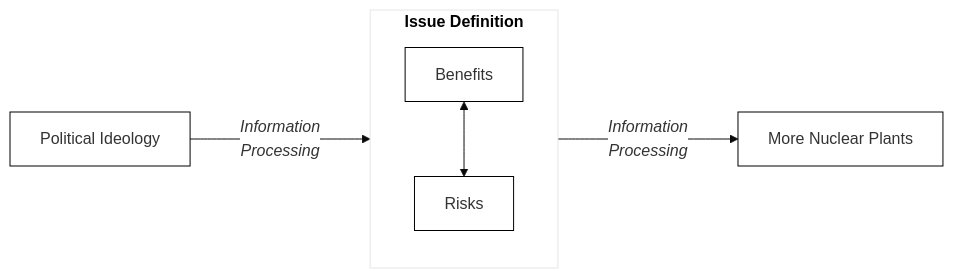
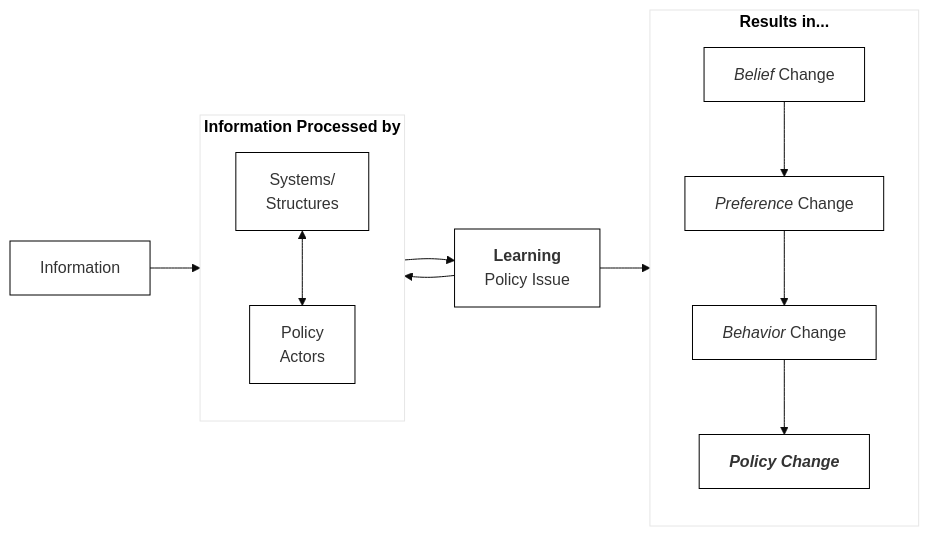
Before and after one commit to mnowlin/policy-learning-element: the first of 2 diagrams in chap4.qmd, drawn with Mermaid. The commit also changed other lines of this file and 4 other files, not shown here.

````diff
--- a/chap4.qmd
+++ b/chap4.qmd
@@ -23,13 +71,23 @@
 ```{mermaid}
 %%| fig-width: 6
-%%| fig-height: 2
-%%| fig-cap: Ideology, Nuclear Energy Beliefs, and Preferences for More Nuclear Plants
-%%| label: fig-model
+%%| fig-height: 3
+%%| fig-cap: Information Processing, Learning, and Policy Change
+%%| label: fig-framework
 %%{init: {'theme': 'base', "themeVariables": { "primaryColor": "#FFFFFF", "primaryBorderColor": "#000000"} } }%%
 flowchart LR
-    A[Political Ideology] --"<i>Information <br> Processing"---> subgraph1
-    subgraph subgraph1 [<b>Issue Definition]
-    B[Benefits] <--> C[Risks]
+    subgraph subgraph1 [<b>Information Processed by </b>]
+	direction TB
+    B[Systems/ <br> Structures] <--> C[Policy <br> Actors]
     end
-    subgraph1 --"<i>Information <br> Processing"---> D[More Nuclear Plants]
+    A[Information] --> subgraph1
+    subgraph1 --> D[<b> Learning </b> <br> Policy Issue]
+    D --> subgraph1
+    subgraph subgraph2 [<b>Results in...</b>]
+    direction TB
+    E[<em> Belief </em> Change] --> 
+    F[<em> Preference </em> Change] -->
+    G[<em> Behavior </em> Change] -->
+    H[<em> <b> Policy Change </b> </em>]
+    end
+    D --> subgraph2
 ```
````
